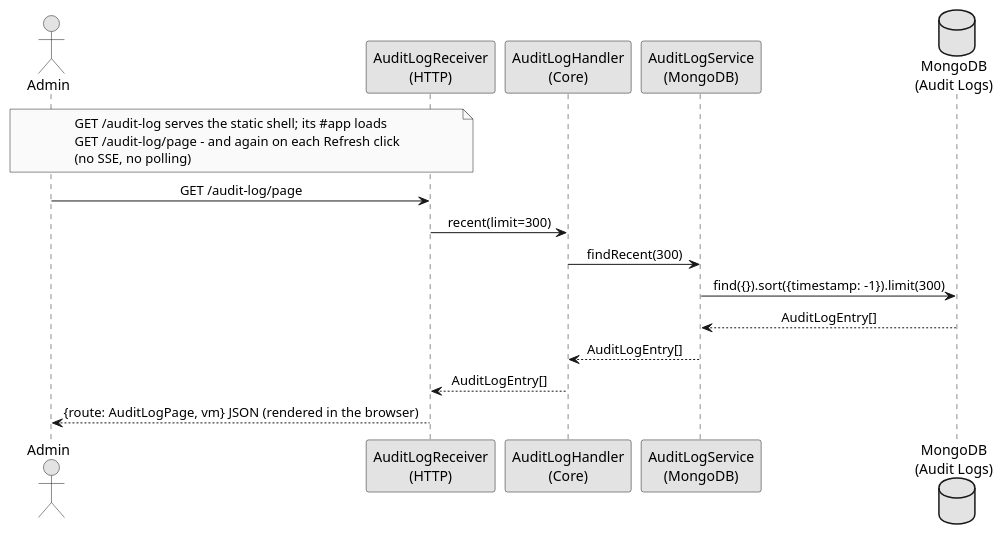
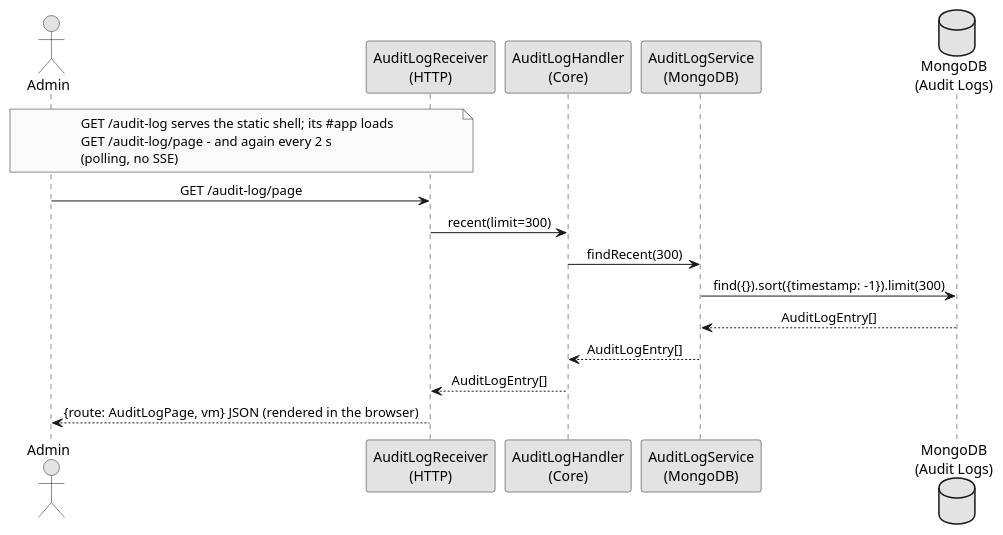
One commit to svene/2026-07-26_quarkus-hexagon-demo-mm-per-tech changed the diagram in docs/architecture/flows/audit-log-page.puml. Above: the diagram before and after it, drawn with PlantUML. The commit also changed 13 other files, not shown here.

Commit message:
auto refresh of audit-log page

```diff
--- a/docs/architecture/flows/audit-log-page.puml
+++ b/docs/architecture/flows/audit-log-page.puml
@@ -1,26 +1,26 @@
 @startuml audit_log_page
 skinparam monochrome true
 skinparam sequenceMessageAlign center
 skinparam backgroundColor #ffffff
 
 actor "Admin" as user
 participant "AuditLogReceiver\n(HTTP)" as receiver
 participant "AuditLogHandler\n(Core)" as handler
 participant "AuditLogService\n(MongoDB)" as audit
 database "MongoDB\n(Audit Logs)" as db
 
 note over user, receiver
   GET /audit-log serves the static shell; its #app loads
-  GET /audit-log/page - and again on each Refresh click
-  (no SSE, no polling)
+  GET /audit-log/page - and again every 2 s
+  (polling, no SSE)
 end note
 user -> receiver: GET /audit-log/page
 receiver -> handler: recent(limit=300)
 handler -> audit: findRecent(300)
 audit -> db: find({}).sort({timestamp: -1}).limit(300)
 db --> audit: AuditLogEntry[]
 audit --> handler: AuditLogEntry[]
 handler --> receiver: AuditLogEntry[]
 receiver --> user: {route: AuditLogPage, vm} JSON (rendered in the browser)
 
 @enduml
```
